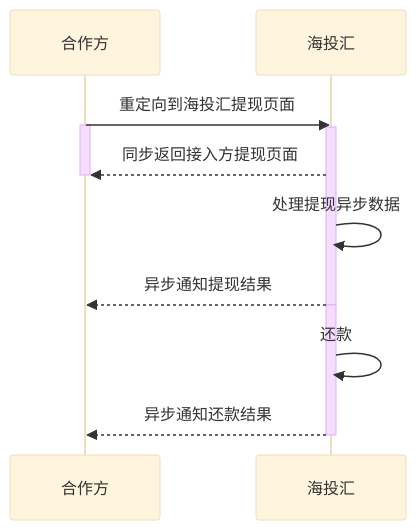
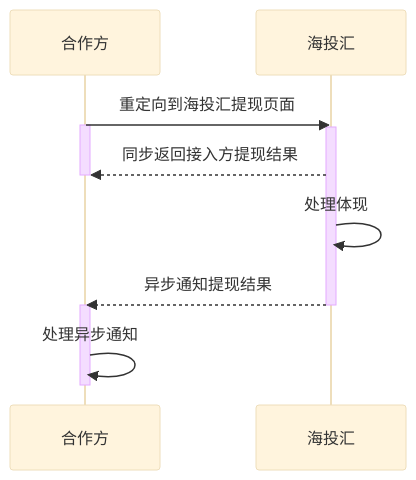
The diagram in book/资产接入/提现相关接口.md (tom14523/pdl-development-docs), drawn with Mermaid (base theme) before and after one commit. The commit also changed other lines of this file, not shown here.

````diff
--- a/book/资产接入/提现相关接口.md
+++ b/book/资产接入/提现相关接口.md
@@ -5,16 +3,14 @@
 ```mermaid
 sequenceDiagram
     合作方->>海投汇:重定向到海投汇提现页面
     activate 合作方
     activate 海投汇
-    海投汇-->>合作方:同步返回接入方提现页面
+    海投汇-->>合作方:同步返回接入方提现结果
     deactivate 合作方
-    海投汇->>海投汇:处理提现异步数据
+    海投汇->>海投汇:处理体现
     海投汇-->>合作方:异步通知提现结果
     deactivate 海投汇
-    
-    activate 海投汇
-    海投汇->>海投汇:还款
-    海投汇-->>合作方:异步通知还款结果
-    deactivate 海投汇
+    activate 合作方
+    合作方->>合作方:处理异步通知
+    deactivate 合作方
 ```
````
